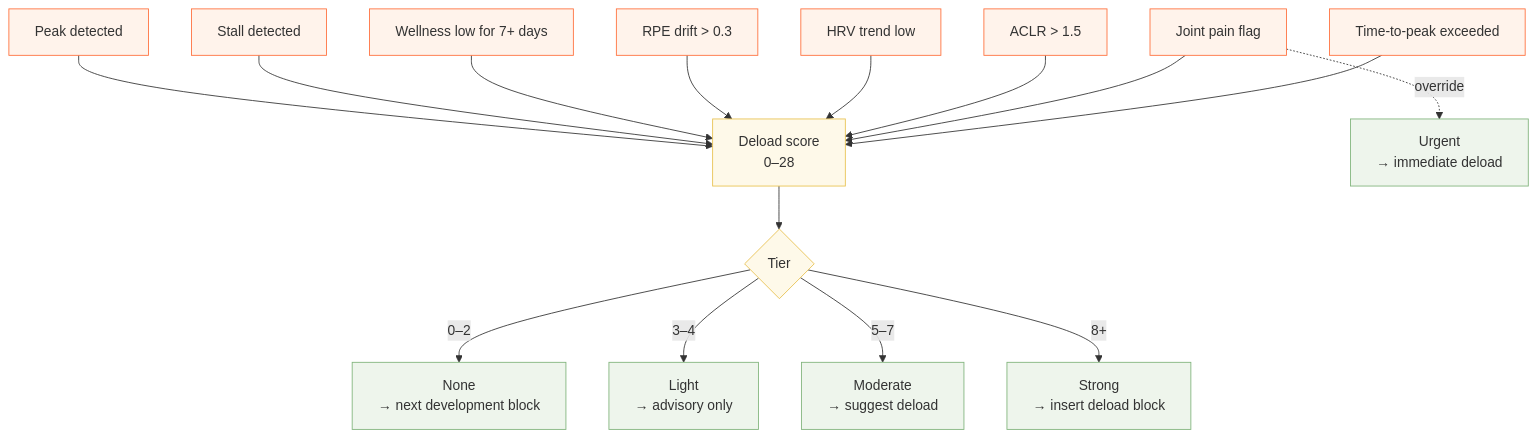
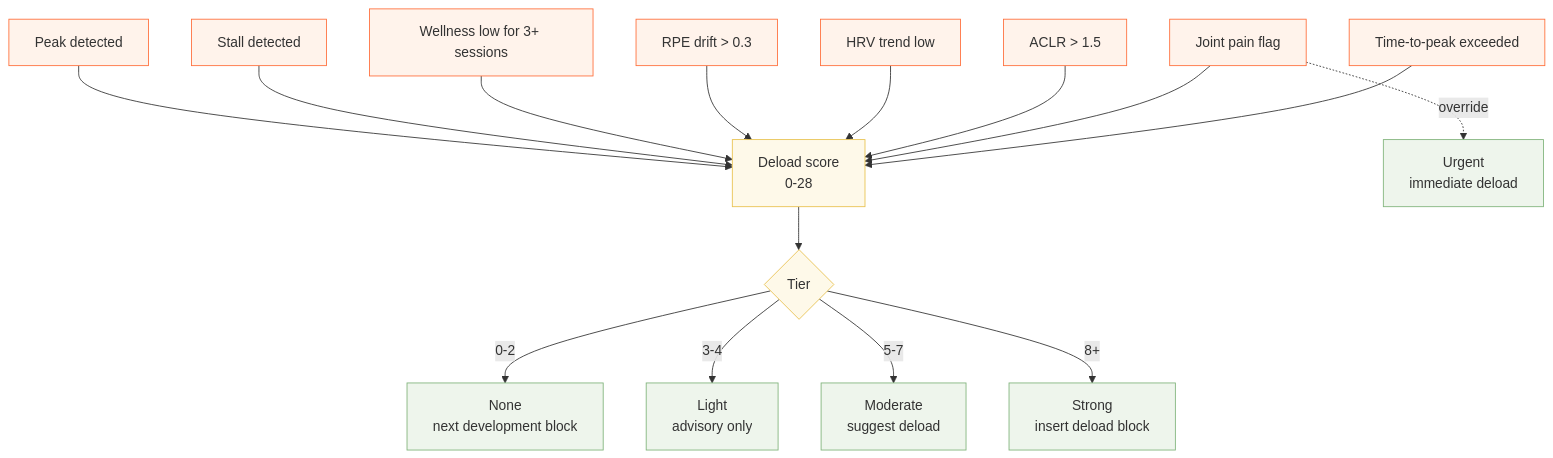
One commit to taylorelley/tensile changed the sixth of 8 diagrams in docs/program-generation.md. Above: the diagram before and after it, drawn with Mermaid. The commit also changed other lines of this file, not shown here.

````diff
--- a/docs/program-generation.md
+++ b/docs/program-generation.md
@@ -341,25 +393,25 @@
 ```mermaid
 flowchart TD
   P[Peak detected] --> SC[Sum signals]
   ST[Stall detected] --> SC
-  W[Wellness low for 7+ days] --> SC
+  W[Wellness low for 3+ sessions] --> SC
   R[RPE drift > 0.3] --> SC
   H[HRV trend low] --> SC
   A[ACLR > 1.5] --> SC
   J[Joint pain flag] --> SC
   TT[Time-to-peak exceeded] --> SC
 
-  SC[Deload score<br/>0–28] --> T{Tier}
-  T -->|0–2| N[None<br/>→ next development block]
-  T -->|3–4| L[Light<br/>→ advisory only]
-  T -->|5–7| MO[Moderate<br/>→ suggest deload]
-  T -->|8+| SG[Strong<br/>→ insert deload block]
-  J -.override.-> U[Urgent<br/>→ immediate deload]
+  SC[Deload score<br/>0-28] --> T{Tier}
+  T -->|0-2| N[None<br/>next development block]
+  T -->|3-4| L[Light<br/>advisory only]
+  T -->|5-7| MO[Moderate<br/>suggest deload]
+  T -->|8+| SG[Strong<br/>insert deload block]
+  J -.override.-> U[Urgent<br/>immediate deload]
 
   classDef signal fill:#fff3eb,stroke:#ff6e3a,color:#333;
   classDef score fill:#fef9e9,stroke:#e8c14e,color:#333;
   classDef tier fill:#eef5ec,stroke:#7fb37a,color:#333;
   class P,ST,W,R,H,A,J,TT signal;
   class SC,T score;
   class N,L,MO,SG,U tier;
 ```
````
